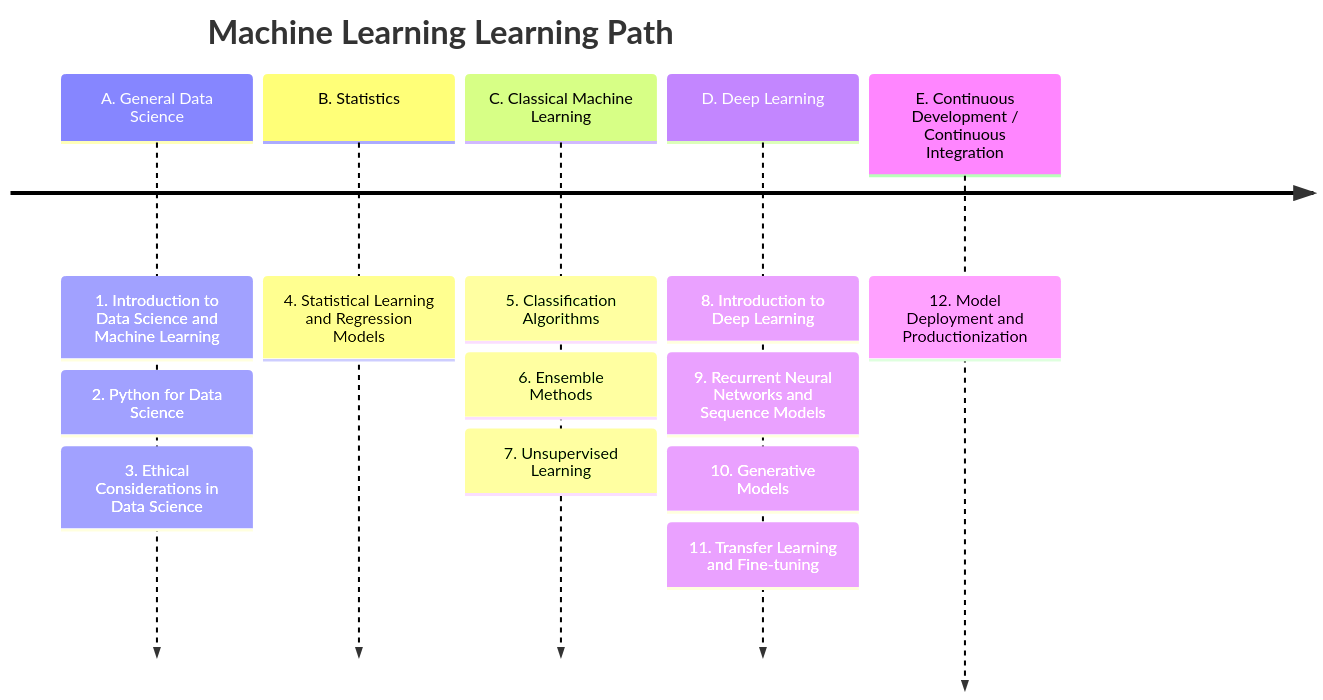
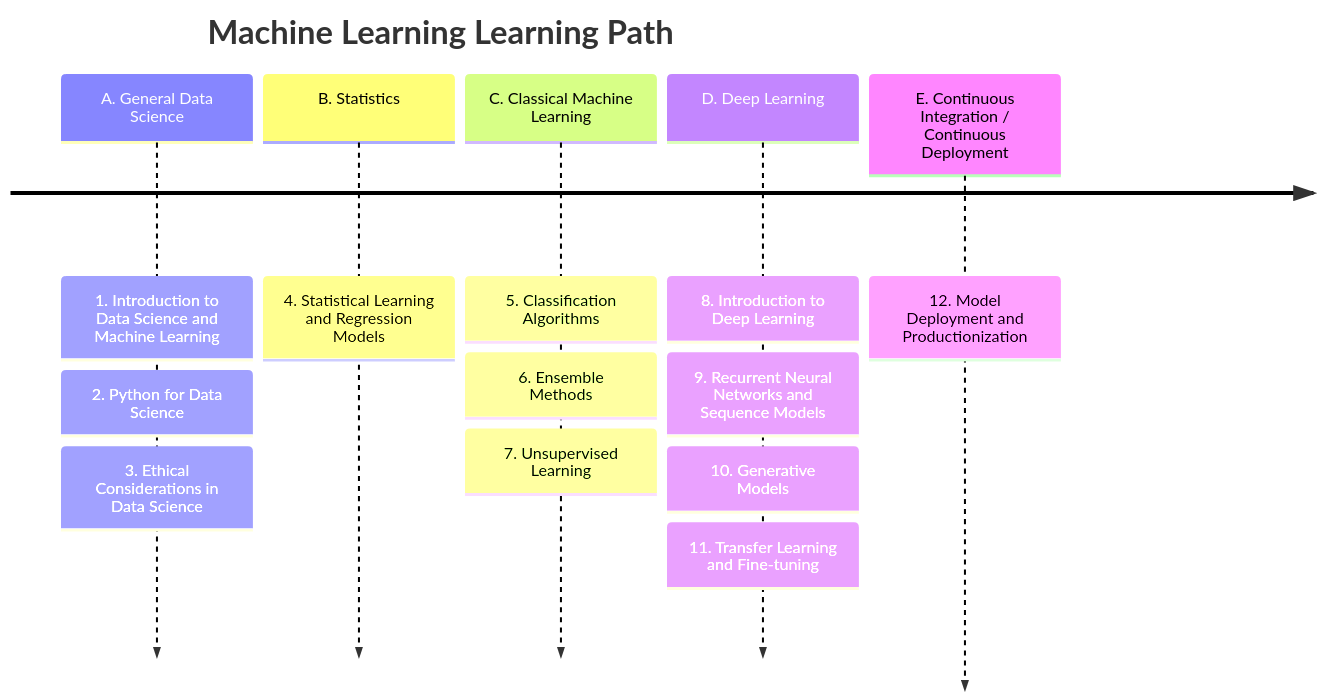
One commit to ua-datalab/ua-datalab.github.io changed the first of 2 diagrams in docs/mlpaths.md. Above: the diagram before and after it, drawn with Mermaid. The commit also changed other lines of this file, not shown here.

````diff
--- a/docs/mlpaths.md
+++ b/docs/mlpaths.md
@@ -6,17 +6,17 @@
 ```mermaid
 timeline
     title Machine Learning Learning Path
     A. General Data Science : 1. Introduction to Data Science and Machine Learning
     	    	 	     : 2. Python for Data Science
 			     : 3. Ethical Considerations in Data Science
     B. Statistics : 4. Statistical Learning and Regression Models
     C. Classical Machine Learning : 5. Classification Algorithms
 				 : 6. Ensemble Methods
 				 : 7. Unsupervised Learning
     D. Deep Learning : 8. Introduction to Deep Learning
     	   	    : 9. Recurrent Neural Networks and Sequence Models
 		    : 10. Generative Models
 		    : 11. Transfer Learning and Fine-tuning
-    E. Continuous Development / Continuous Integration  : 12. Model Deployment and Productionization
+    E. Continuous Integration / Continuous Deployment  : 12. Model Deployment and Productionization
 
 ```
````
